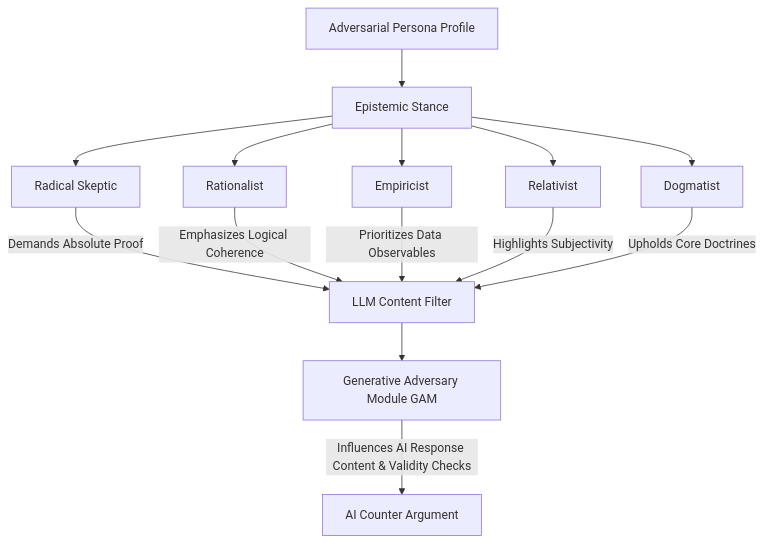
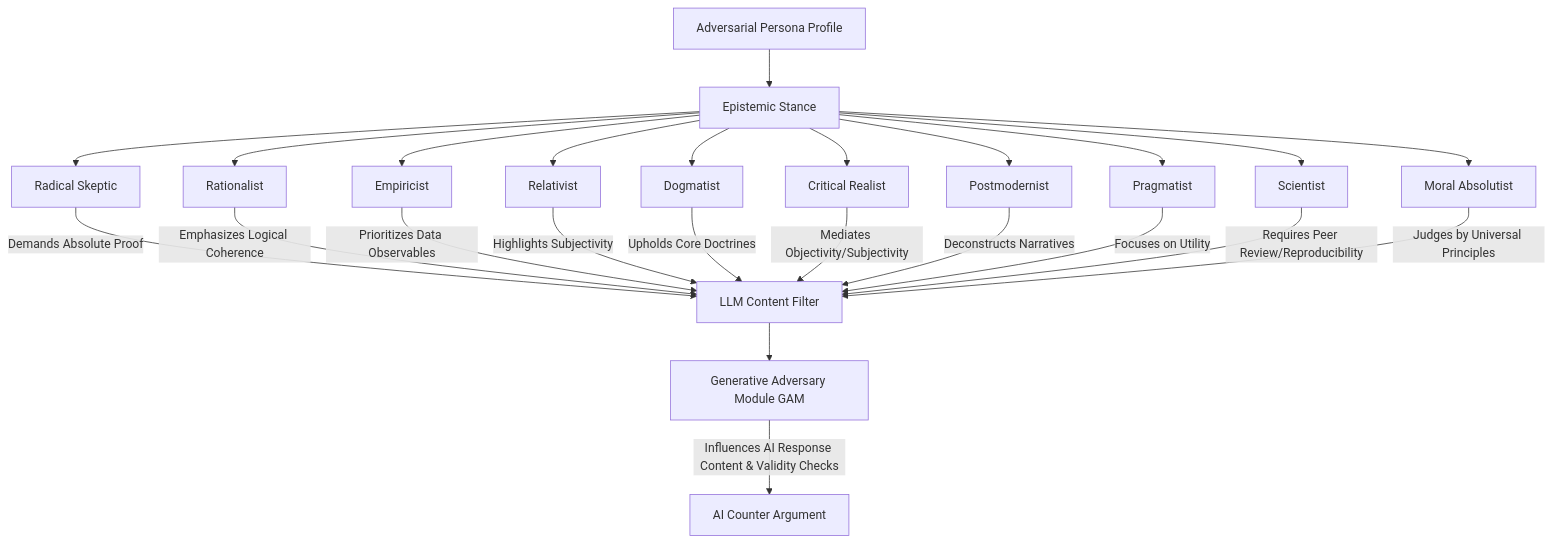
Before and after one commit to diplomat-bit/Citibank_Demo_Business_Inc_Demonstration-: the third of 13 diagrams in inventions/018_ai_debate_adversary/adversarial_persona_strategy.md, drawn with Mermaid. The commit also changed other lines of this file, not shown here.

Commit message:
[AI] Edit: inventions/018_ai_debate_adversary/adversarial_persona_strategy.md

````diff
--- a/inventions/018_ai_debate_adversary/adversarial_persona_strategy.md
+++ b/inventions/018_ai_debate_adversary/adversarial_persona_strategy.md
@@ -93,17 +170,27 @@
 ```mermaid
 graph TD
     A[Adversarial Persona Profile] --> B[Epistemic Stance];
     B --> C[Radical Skeptic];
     B --> D[Rationalist];
     B --> E[Empiricist];
     B --> F[Relativist];
     B --> G[Dogmatist];
+    B --> H[Critical Realist];
+    B --> I[Postmodernist];
+    B --> J[Pragmatist];
+    B --> K[Scientist];
+    B --> L[Moral Absolutist];
 
-    C -- Demands Absolute Proof --> H[LLM Content Filter];
-    D -- Emphasizes Logical Coherence --> H;
-    E -- Prioritizes Data Observables --> H;
-    F -- Highlights Subjectivity --> H;
-    G -- Upholds Core Doctrines --> H;
-    H --> I[Generative Adversary Module GAM];
-    I -- Influences AI Response Content & Validity Checks --> J[AI Counter Argument];
+    C -- Demands Absolute Proof --> M[LLM Content Filter];
+    D -- Emphasizes Logical Coherence --> M;
+E -- Prioritizes Data Observables --> M;
+F -- Highlights Subjectivity --> M;
+G -- Upholds Core Doctrines --> M;
+H -- Mediates Objectivity/Subjectivity --> M;
+I -- Deconstructs Narratives --> M;
+J -- Focuses on Utility --> M;
+K -- Requires Peer Review/Reproducibility --> M;
+L -- Judges by Universal Principles --> M;
+M --> N[Generative Adversary Module GAM];
+N -- Influences AI Response Content & Validity Checks --> O[AI Counter Argument];
 ```
````
